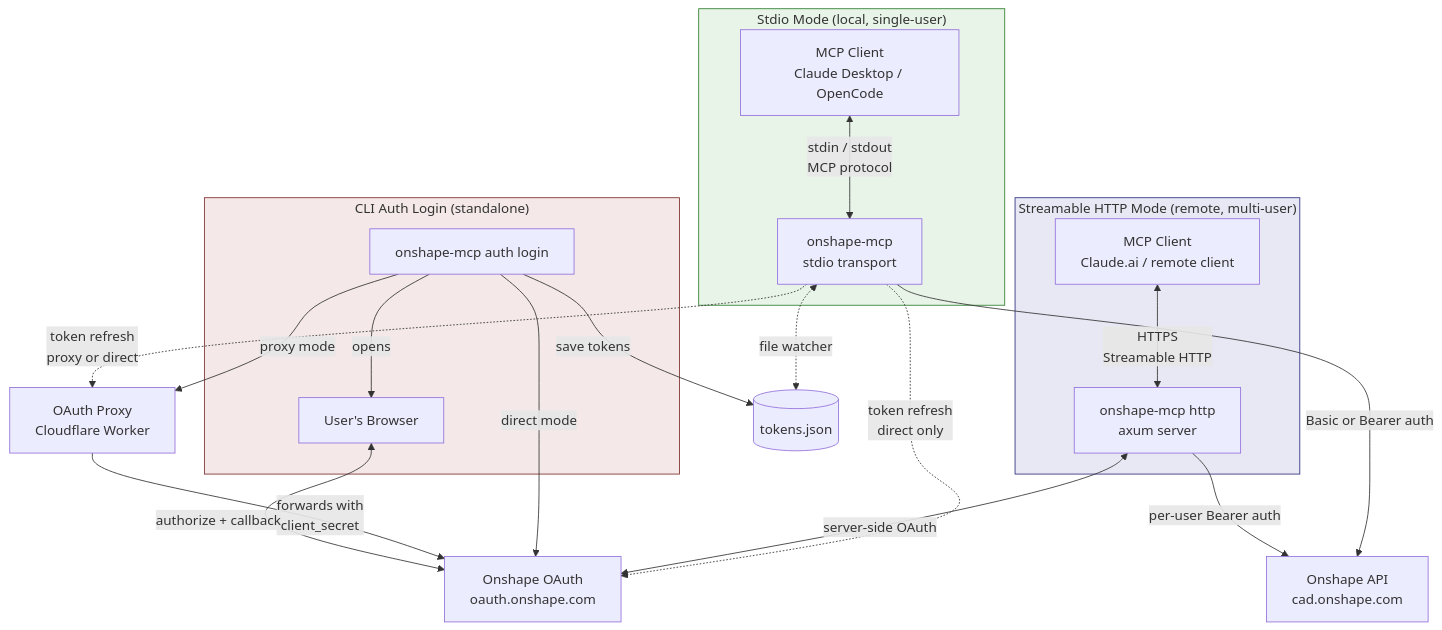
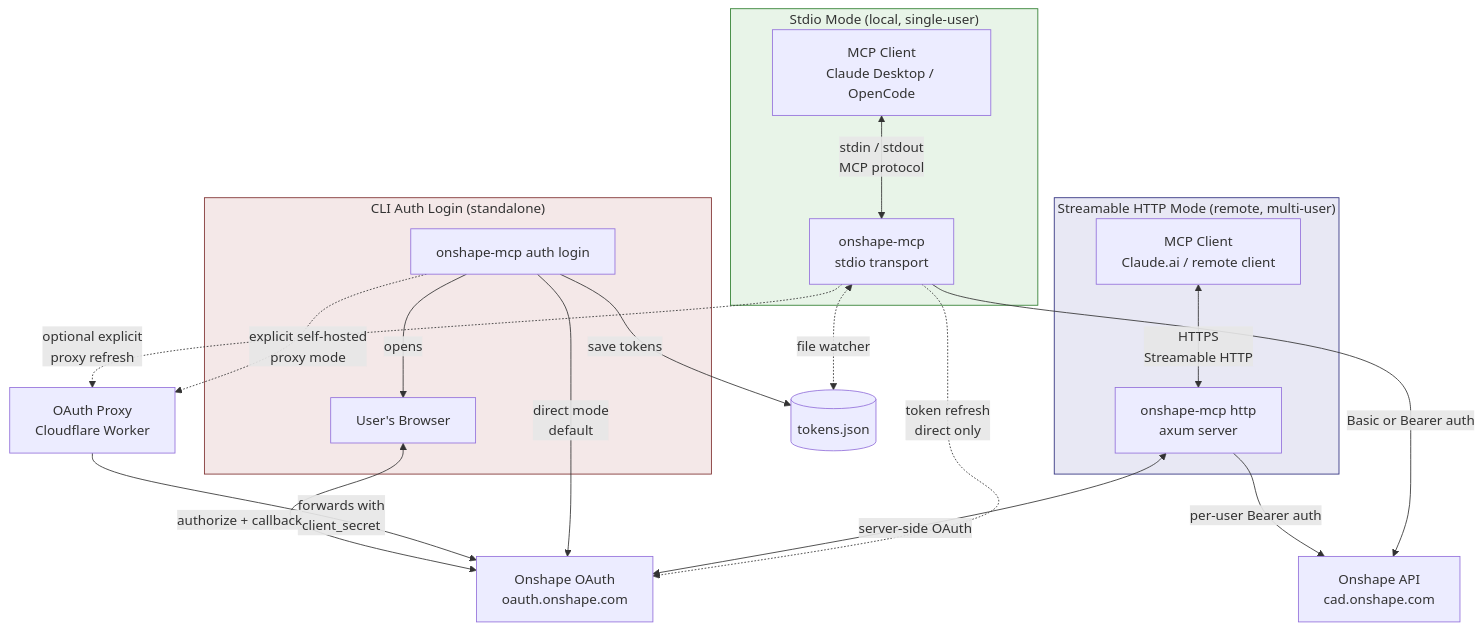
The first of 9 diagrams in docs/src/project/data-flow.md (altendky/onshape-mcp), drawn with Mermaid before and after one commit. The commit also changed other lines of this file and 27 other files, not shown here.

Commit message:
Default to direct OAuth and clarify hosted services

````diff
--- a/docs/src/project/data-flow.md
+++ b/docs/src/project/data-flow.md
@@ -16,43 +18,43 @@
 ```mermaid
 flowchart TB
     subgraph stdio ["Stdio Mode (local, single-user)"]
         MC1[MCP Client<br>Claude Desktop / OpenCode]
         MCP1[onshape-mcp<br>stdio transport]
         MC1 <-->|stdin / stdout<br>MCP protocol| MCP1
     end
 
     subgraph http ["Streamable HTTP Mode (remote, multi-user)"]
         MC2[MCP Client<br>Claude.ai / remote client]
         MCP2[onshape-mcp http<br>axum server]
         MC2 <-->|HTTPS<br>Streamable HTTP| MCP2
     end
 
     subgraph cli ["CLI Auth Login (standalone)"]
         CLI[onshape-mcp auth login]
         Browser[User's Browser]
         CLI -->|opens| Browser
     end
 
     Proxy[OAuth Proxy<br>Cloudflare Worker]
     Onshape[Onshape API<br>cad.onshape.com]
     OnshapeOAuth[Onshape OAuth<br>oauth.onshape.com]
     TokenFile[(tokens.json)]
 
     MCP1 -->|Basic or Bearer auth| Onshape
-    MCP1 -.->|token refresh<br>proxy or direct| Proxy
+    MCP1 -.->|optional explicit<br>proxy refresh| Proxy
     MCP1 -.->|token refresh<br>direct only| OnshapeOAuth
     MCP1 <-.->|file watcher| TokenFile
 
     MCP2 -->|per-user Bearer auth| Onshape
     MCP2 <-->|server-side OAuth| OnshapeOAuth
 
-    CLI -->|proxy mode| Proxy
-    CLI -->|direct mode| OnshapeOAuth
+    CLI -.->|explicit self-hosted<br>proxy mode| Proxy
+    CLI -->|direct mode<br>default| OnshapeOAuth
     Proxy -->|forwards with<br>client_secret| OnshapeOAuth
     CLI -->|save tokens| TokenFile
     Browser <-->|authorize + callback| OnshapeOAuth
 
     style stdio fill:#e8f4e8,stroke:#2d7d2d
     style http fill:#e8e8f4,stroke:#2d2d7d
     style cli fill:#f4e8e8,stroke:#7d2d2d
 ```
````
